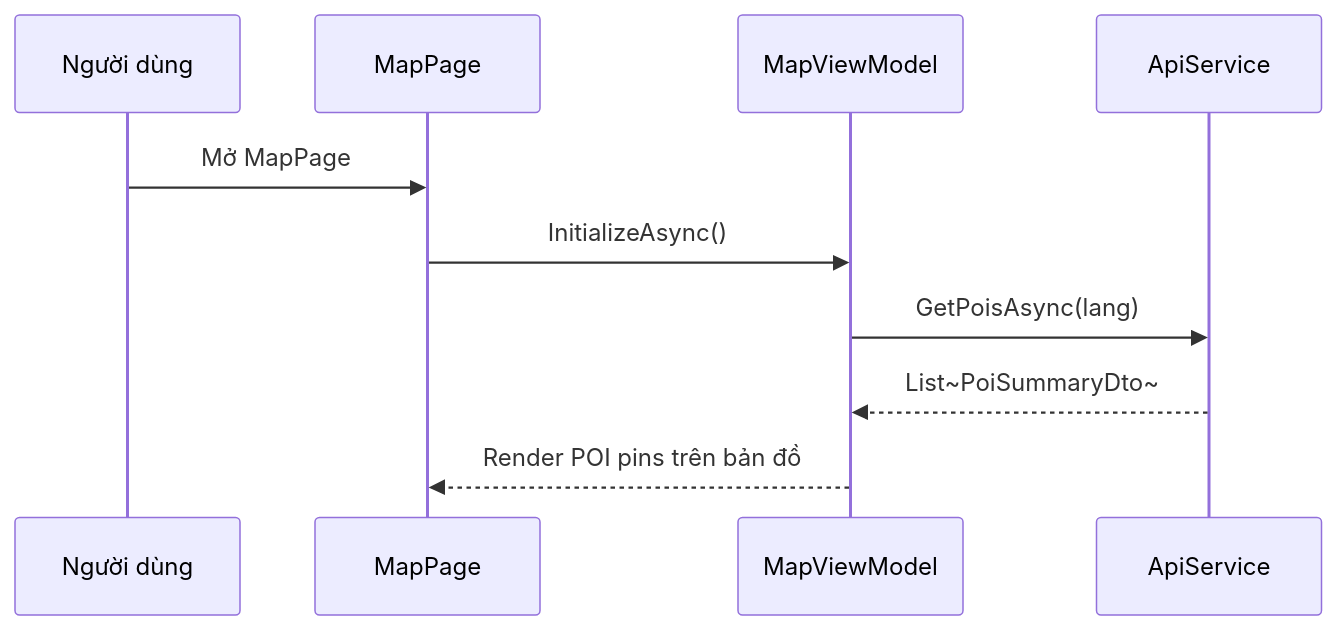
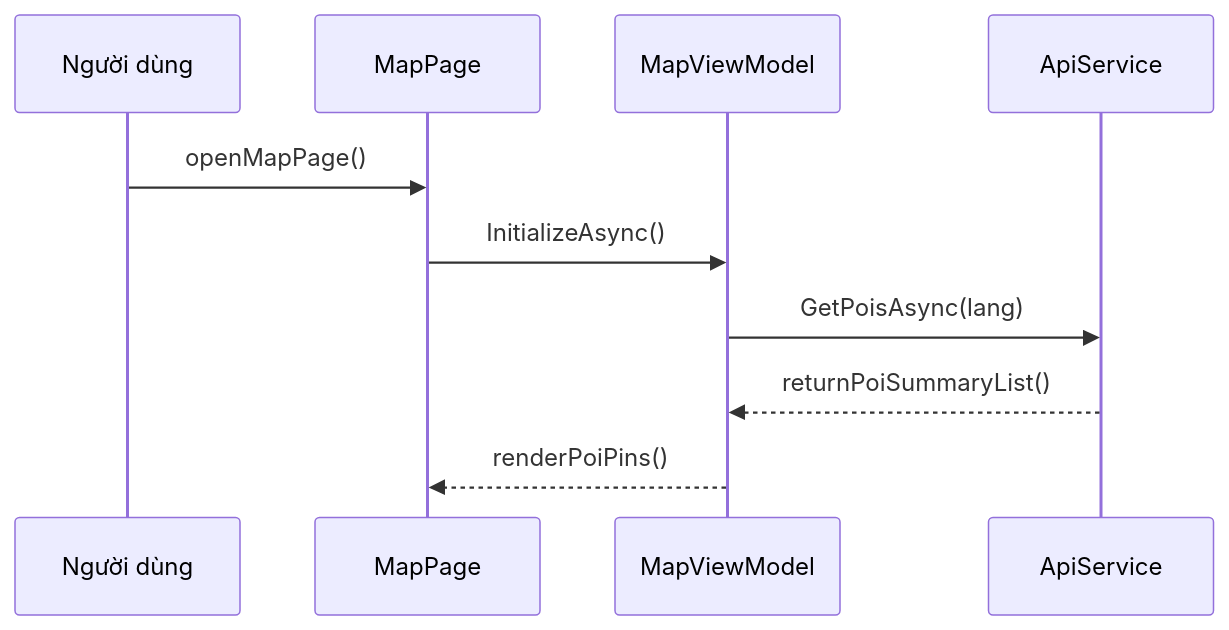
The eighth of 58 diagrams in PRD.md (quynhtien1977/AudioGo), drawn with Mermaid before and after one commit. The commit also changed other lines of this file and 2 other files, not shown here.

````diff
--- a/PRD.md
+++ b/PRD.md
@@ -895,13 +929,13 @@
 ```mermaid
 sequenceDiagram
     participant MobileUser as Người dùng
     participant MapPage
     participant MapVM as MapViewModel
     participant API as ApiService
 
-    MobileUser ->> MapPage: Mở MapPage
+    MobileUser ->> MapPage: openMapPage()
     MapPage ->> MapVM: InitializeAsync()
     MapVM ->> API: GetPoisAsync(lang)
-    API -->> MapVM: List~PoiSummaryDto~
-    MapVM -->> MapPage: Render POI pins trên bản đồ
+    API -->> MapVM: returnPoiSummaryList()
+    MapVM -->> MapPage: renderPoiPins()
 ```
````
